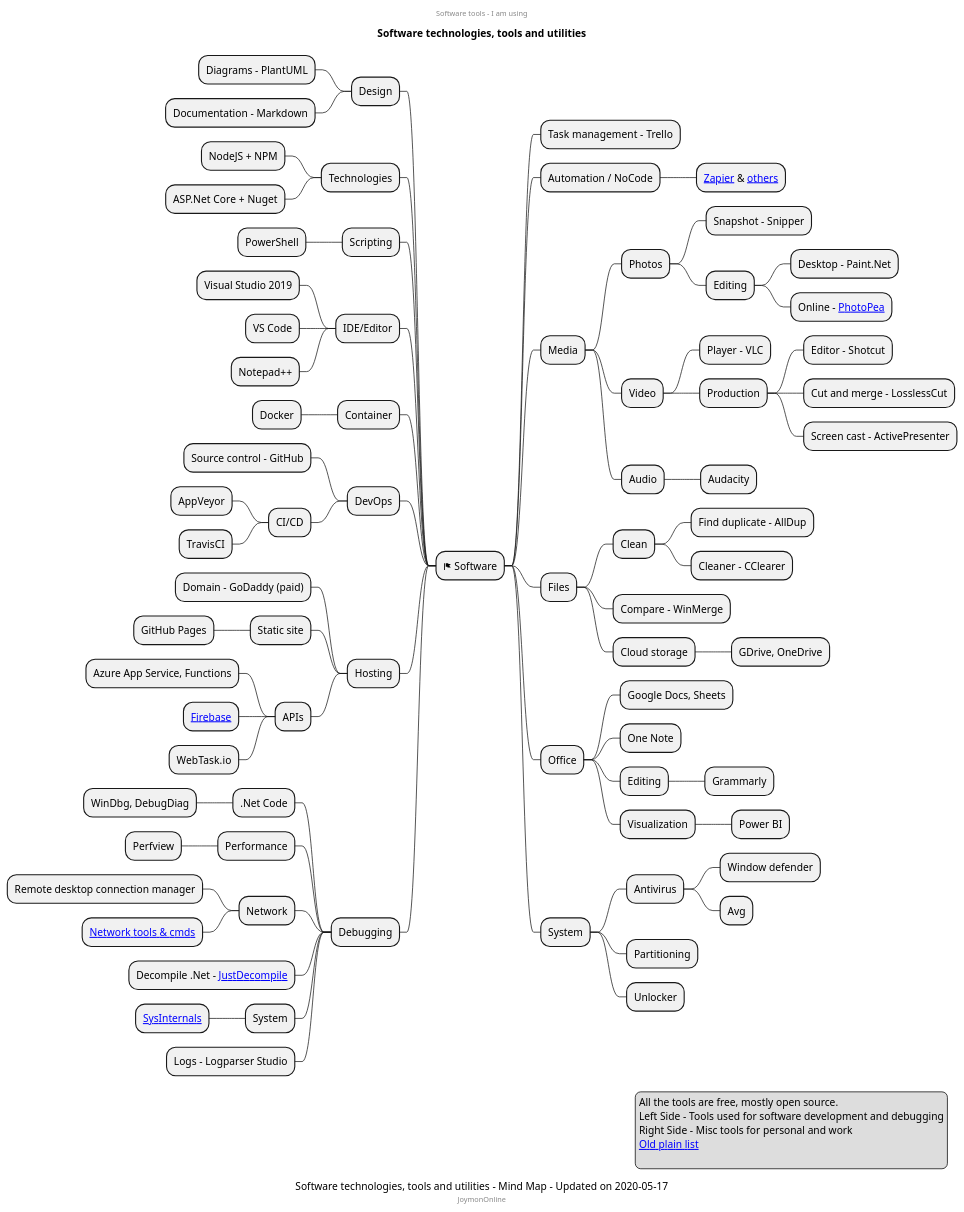
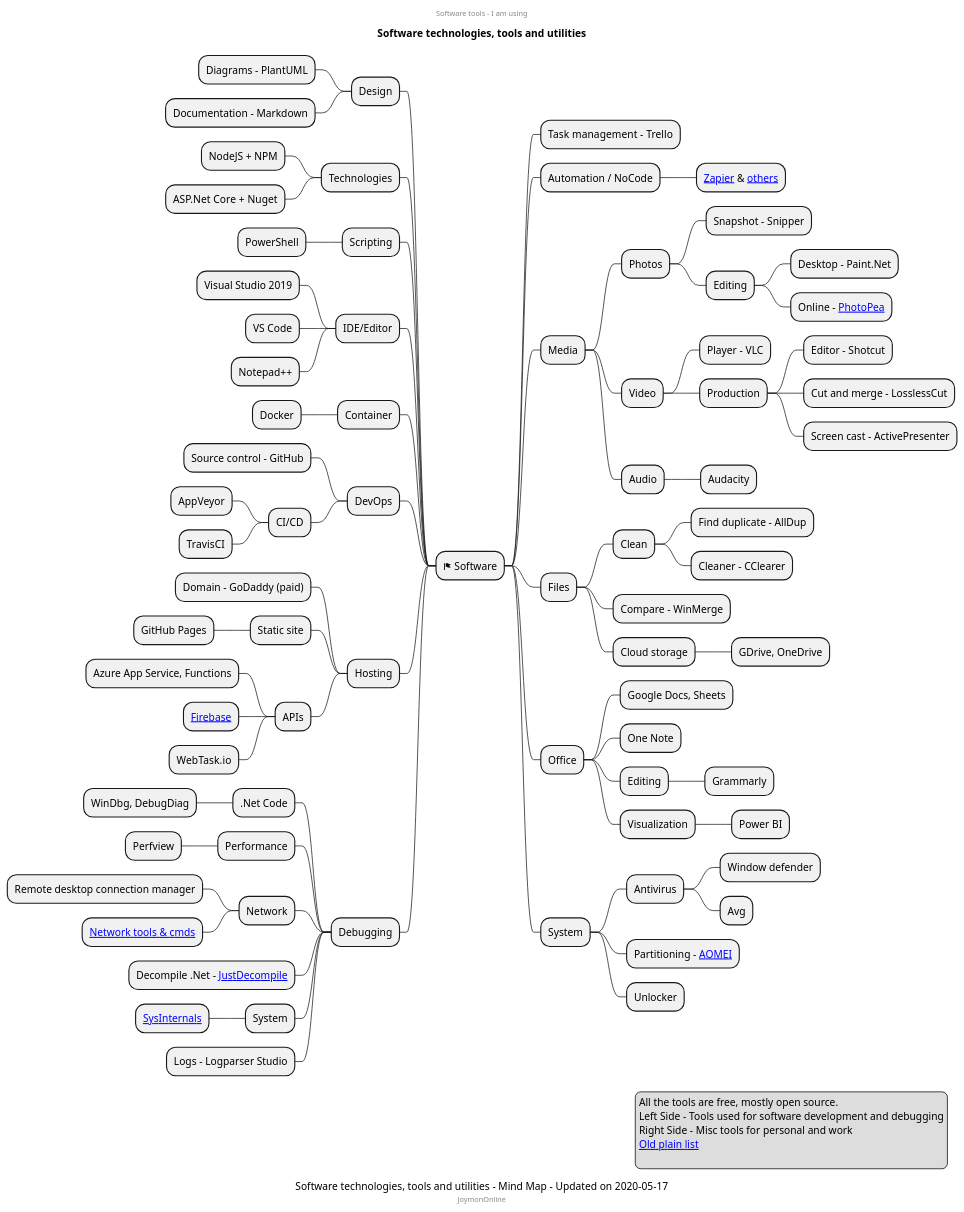
One commit to mind-maps/software changed the diagram in software-tools/tools.puml. Above: the diagram before and after it, drawn with PlantUML.

Commit message:
Changes to tools

```diff
--- a/software-tools/tools.puml
+++ b/software-tools/tools.puml
@@ -1,94 +1,94 @@
 @startmindmap
 center header
 Software tools - I am using
 endheader
 title Software technologies, tools and utilities
 caption Software technologies, tools and utilities - Mind Map - Updated on 2020-05-17
 center footer JoymonOnline
 + <&flag> Software
 ++ Task management - Trello
 ++ Automation / NoCode
 +++ [[https://zapier.com/home Zapier]] & [[https://gist.github.com/joymon/89aeb18bef588895426b46a54e2ba970 others]]
 ++ Media
 +++ Photos
 ++++ Snapshot - Snipper
 ++++ Editing
 +++++ Desktop - Paint.Net
 +++++ Online - [[https://www.photopea.com/ PhotoPea]]
 +++ Video
 ++++ Player - VLC
 ++++ Production
 +++++ Editor - Shotcut
 +++++ Cut and merge - LosslessCut
 +++++ Screen cast - ActivePresenter
 +++ Audio
 ++++ Audacity
 ++ Files
 +++ Clean
 ++++ Find duplicate - AllDup
 ++++ Cleaner - CClearer
 +++ Compare - WinMerge
 +++ Cloud storage
 ++++ GDrive, OneDrive
 ++ Office
 +++ Google Docs, Sheets
 +++ One Note
 +++ Editing
 ++++ Grammarly
 +++ Visualization
 ++++ Power BI
 ++ System
 +++ Antivirus
 ++++ Window defender
 ++++ Avg
-+++ Partitioning
++++ Partitioning - [[https://www.diskpart.com/free-partition-manager.html AOMEI]]
 +++ Unlocker
 -- Design
 --- Diagrams - PlantUML
 --- Documentation - Markdown
 -- Technologies
 --- NodeJS + NPM
 --- ASP.Net Core + Nuget
 -- Scripting
 --- PowerShell
 -- IDE/Editor
 --- Visual Studio 2019
 --- VS Code
 --- Notepad++
 -- Container
 --- Docker
 -- DevOps
 --- Source control - GitHub
 --- CI/CD
 ---- AppVeyor
 ---- TravisCI
 -- Hosting
 --- Domain - GoDaddy (paid)
 --- Static site
 ---- GitHub Pages
 --- APIs
 ---- Azure App Service, Functions
 ---- [[https://firebase.google.com/pricing Firebase]]
 ---- WebTask.io
 -- Debugging
 --- .Net Code
 ---- WinDbg, DebugDiag
 --- Performance
 ---- Perfview
 --- Network
 ---- Remote desktop connection manager
 ---- [[http://www.plantuml.com/plantuml/proxy?fmt=svg&cache=no&src=https://raw.githubusercontent.com/mind-maps/software/master/debugging/windows-network-debugging.puml Network tools & cmds]]
 --- Decompile .Net - [[https://www.telerik.com/products/decompiler.aspx JustDecompile]]
 --- System
 ---- [[https://docs.microsoft.com/en-us/sysinternals/ SysInternals]]
 --- Logs - Logparser Studio
 
 legend right
 All the tools are free, mostly open source.
 Left Side - Tools used for software development and debugging
 Right Side - Misc tools for personal and work
 [[https://joymonscode.blogspot.com/2017/05/toolbox-for-open-source-developers.html Old plain list]]
   
 endlegend
 
 @endmindmap
```
